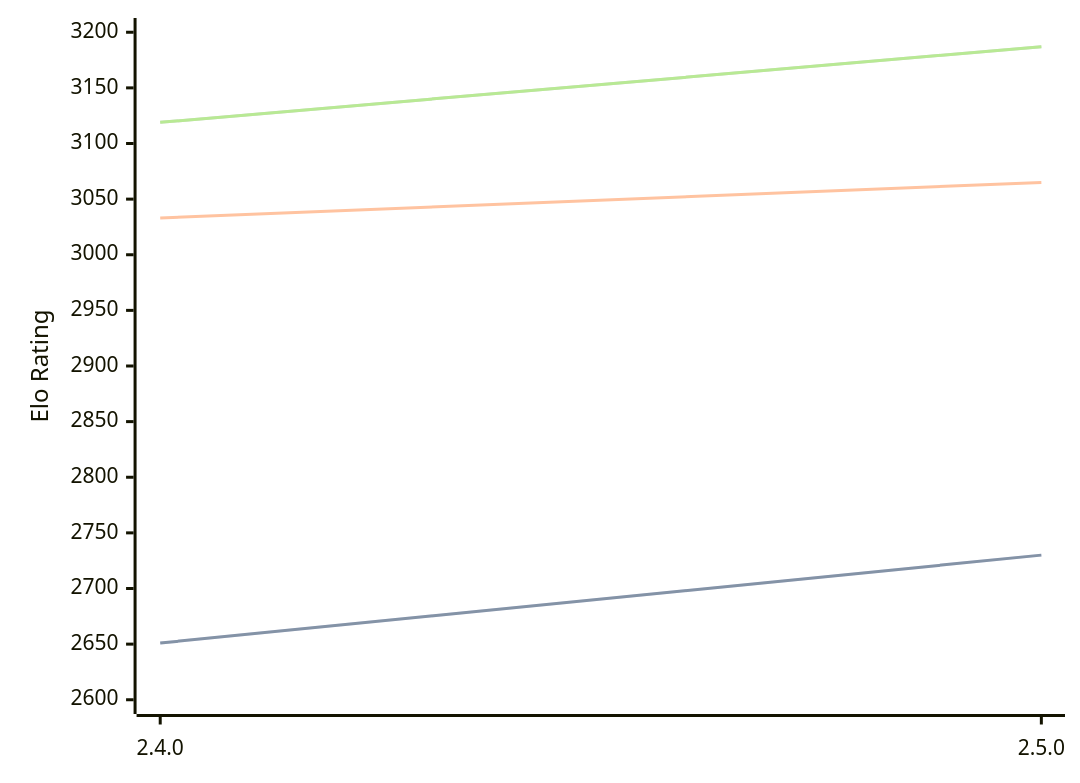
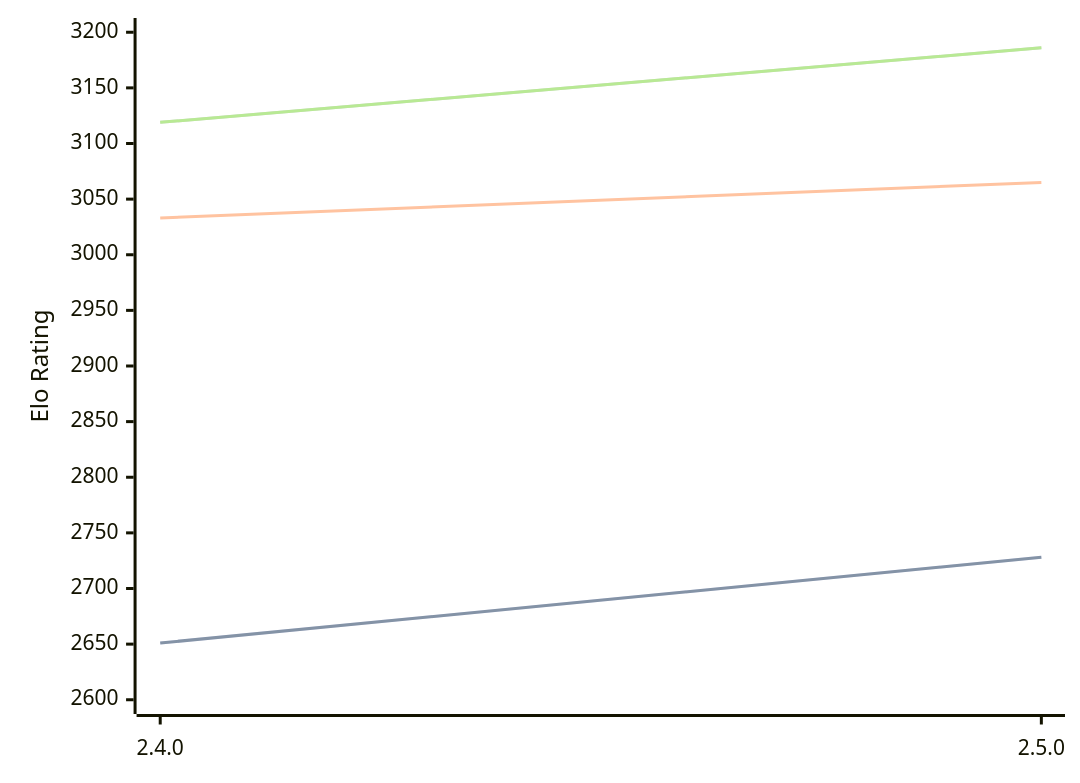
The diagram in engines/Sturddle2.md (computer-chess-index/cci), drawn with Mermaid before and after one commit. The commit also changed other lines of this file, not shown here.

Commit message:
Update CCI Ratings (ELO VLTC) - 2026-03-19

````diff
--- a/engines/Sturddle2.md
+++ b/engines/Sturddle2.md
@@ -35,11 +37,11 @@
 ```mermaid
 %%{init: {"theme":"base","themeVariables":{"seriesColors:['#a3a3a3','#222221','#faa371']}}}%%
 xychart-beta
   x-axis ["2.4.0", "2.5.0"]
   y-axis "Elo Rating" 2600 --> 3200
-  line "STC (8.0+0.08s)" [2651, 2730]
-  line "STC (8.0+0.08s)" [2651, 2730]
+  line "STC (8.0+0.08s)" [2651, 2728]
+  line "STC (8.0+0.08s)" [2651, 2728]
   line "LTC (60.0+0.60s)" [3033, 3065]
-  line "VLTC (2m24s+1.12s)" [3119, 3187]
-  line "VLTC (2m24s+1.12s)" [3119, 3187]
+  line "VLTC (2m24s+1.12s)" [3119, 3186]
+  line "VLTC (2m24s+1.12s)" [3119, 3186]
 ```
````
